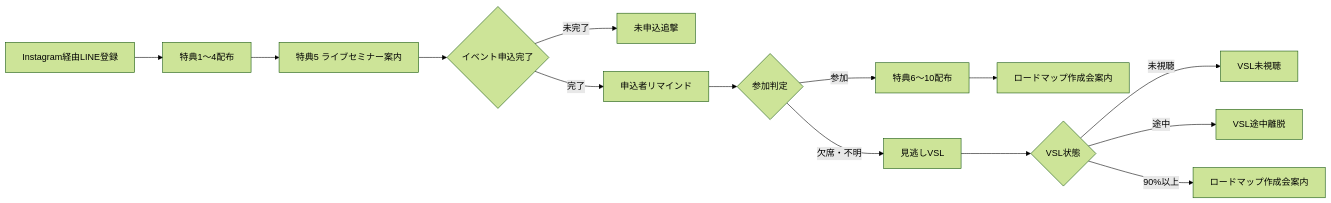
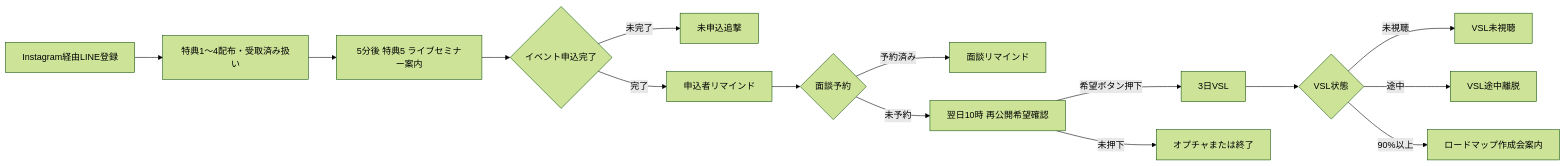
Before and after one commit to puuku0510/suya-ai-school-line-funnel: the diagram in instagram-10-benefits-live-seminar-vsl/instagram-10-benefits-live-seminar-vsl-implementation-guide.md, drawn with Mermaid (forest theme). The commit also changed other lines of this file and 11 other files, not shown here.

````diff
--- a/instagram-10-benefits-live-seminar-vsl/instagram-10-benefits-live-seminar-vsl-implementation-guide.md
+++ b/instagram-10-benefits-live-seminar-vsl/instagram-10-benefits-live-seminar-vsl-implementation-guide.md
@@ -14,16 +22,17 @@
 ```mermaid
 flowchart LR
-    A[Instagram経由LINE登録] --> B[特典1〜4配布]
-    B --> C[特典5 ライブセミナー案内]
+    A[Instagram経由LINE登録] --> B[特典1〜4配布・受取済み扱い]
+    B --> C[5分後 特典5 ライブセミナー案内]
     C --> D{イベント申込完了}
     D -->|未完了| E[未申込追撃]
     D -->|完了| F[申込者リマインド]
-    F --> G{参加判定}
-    G -->|参加| H[特典6〜10配布]
-    H --> I[ロードマップ作成会案内]
-    G -->|欠席・不明| J[見逃しVSL]
-    J --> K{VSL状態}
-    K -->|未視聴| L[VSL未視聴]
-    K -->|途中| M[VSL途中離脱]
-    K -->|90%以上| N[ロードマップ作成会案内]
+    F --> G{面談予約}
+    G -->|予約済み| H[面談リマインド]
+    G -->|未予約| I[翌日10時 再公開希望確認]
+    I -->|希望ボタン押下| J[3日VSL]
+    I -->|未押下| K[オプチャまたは終了]
+    J --> L{VSL状態}
+    L -->|未視聴| M[VSL未視聴]
+    L -->|途中| N[VSL途中離脱]
+    L -->|90%以上| O[ロードマップ作成会案内]
 ```
````
